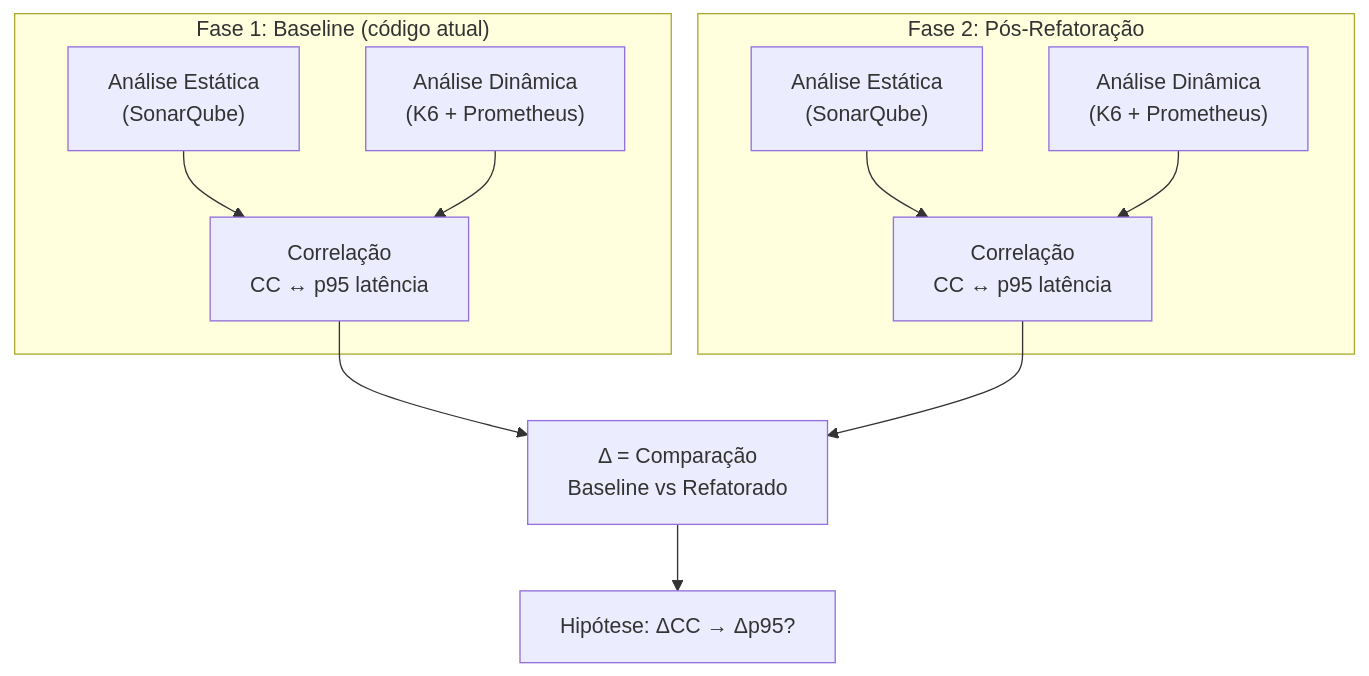
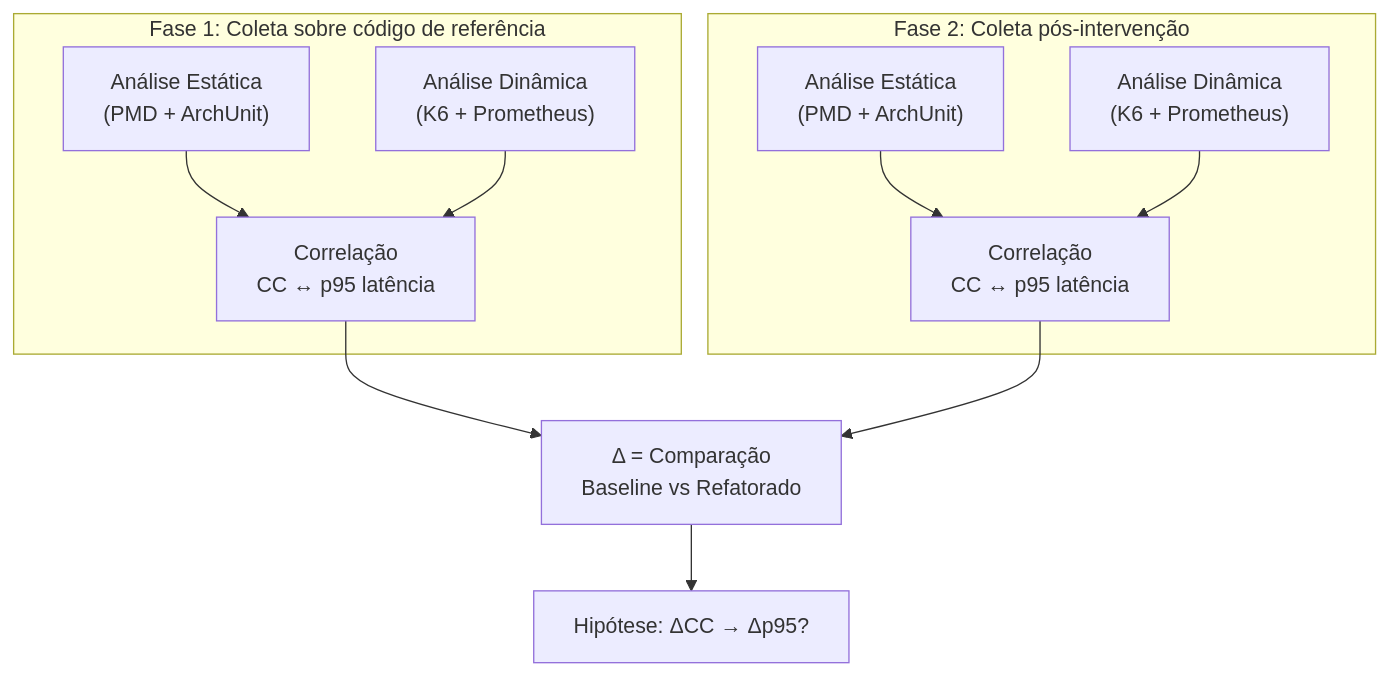
The second of 2 diagrams in docs/instrumentacao-dinamica-observability.md (diogomasc/spring-petclinic-rest), drawn with Mermaid before and after one commit. The commit also changed other lines of this file and 2 other files, not shown here.

````diff
--- a/docs/instrumentacao-dinamica-observability.md
+++ b/docs/instrumentacao-dinamica-observability.md
@@ -227,20 +234,20 @@
 ```mermaid
 flowchart TD
-    subgraph BASELINE["Fase 1: Baseline (código atual)"]
-        B_STATIC["Análise Estática\n(SonarQube)"]
+    subgraph BASELINE["Fase 1: Coleta sobre código de referência"]
+        B_STATIC["Análise Estática\n(PMD + ArchUnit)"]
         B_DYNAMIC["Análise Dinâmica\n(K6 + Prometheus)"]
         B_STATIC --> B_CORR["Correlação\nCC ↔ p95 latência"]
         B_DYNAMIC --> B_CORR
     end
 
-    subgraph REFACTORED["Fase 2: Pós-Refatoração"]
-        R_STATIC["Análise Estática\n(SonarQube)"]
+    subgraph REFACTORED["Fase 2: Coleta pós-intervenção"]
+        R_STATIC["Análise Estática\n(PMD + ArchUnit)"]
         R_DYNAMIC["Análise Dinâmica\n(K6 + Prometheus)"]
         R_STATIC --> R_CORR["Correlação\nCC ↔ p95 latência"]
         R_DYNAMIC --> R_CORR
     end
 
     B_CORR --> DELTA["Δ = Comparação\nBaseline vs Refatorado"]
     R_CORR --> DELTA
     DELTA --> THESIS["Hipótese: ΔCC → Δp95?"]
 ```
````
